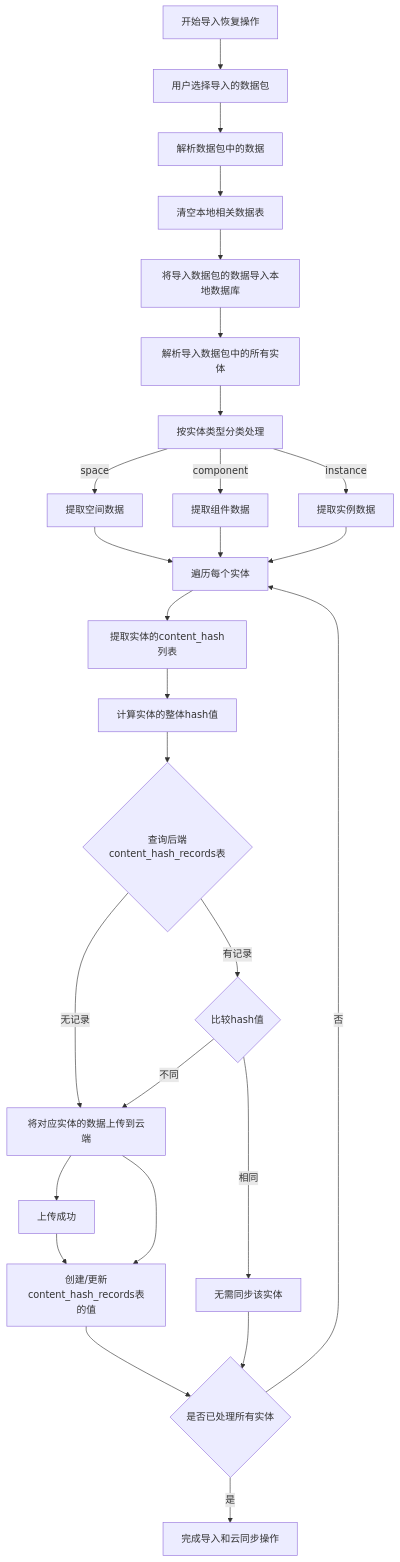
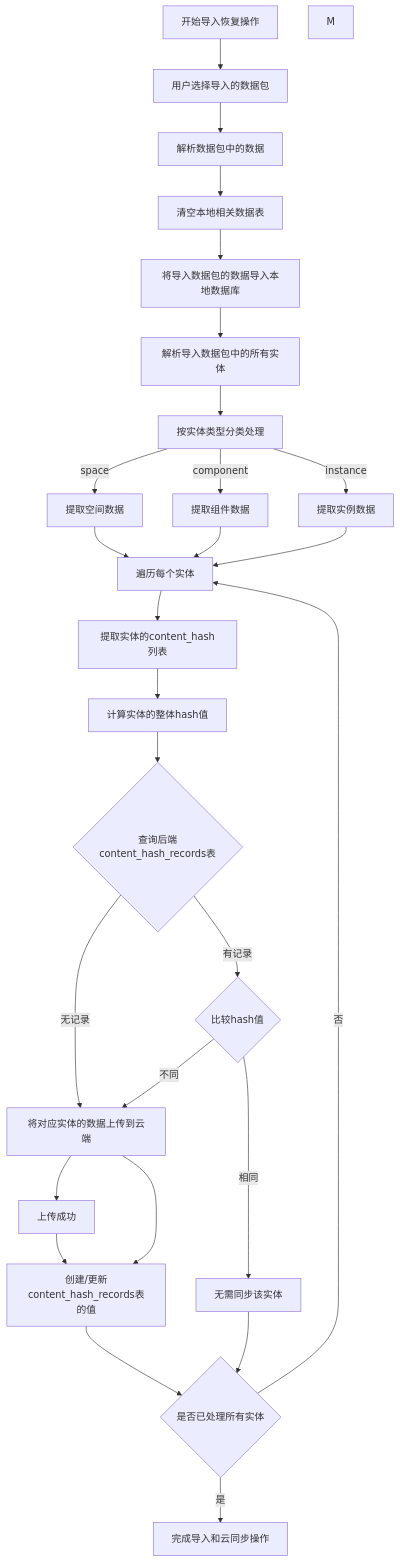
One commit to yingjianzh/iodraw-files changed the diagram in all/未命名-44.md. Above: the diagram before and after it, drawn with Mermaid.

Commit message:
2025-04-27 11:57:31 update

````diff
--- a/all/未命名-44.md
+++ b/all/未命名-44.md
@@ -1,40 +1,41 @@
 ```mermaid
 flowchart TD
     A[开始导入恢复操作] --> B[用户选择导入的数据包]
     B --> C[解析数据包中的数据]
     
     C --> D[清空本地相关数据表]
     D --> E[将导入数据包的数据导入本地数据库]
     
     E --> F[解析导入数据包中的所有实体]
     F --> G[按实体类型分类处理]
     
     G -->|space| H1[提取空间数据]
     G -->|component| H2[提取组件数据]
     G -->|instance| H3[提取实例数据]
     
     H1 --> I[遍历每个实体]
     H2 --> I
     H3 --> I
     
     I --> J[提取实体的content_hash列表]
     J --> K[计算实体的整体hash值]
     
     K --> L{查询后端content_hash_records表}
     L -->|无记录| M1[将对应实体的数据上传到云端]
     M1 --> N1[上传成功]
+    M
     N1 --> M4
 
     L -->|有记录| M2{比较hash值}
     M2 -->|不同| M1
 
     M2 -->|相同| M3[无需同步该实体]
     
     M1 --> M4[创建/更新content_hash_records表的值]
     
     M3 --> S{是否已处理所有实体}
     M4 --> S{是否已处理所有实体}
     
     S -->|否| I
     S -->|是| T[完成导入和云同步操作]
 ```
````
